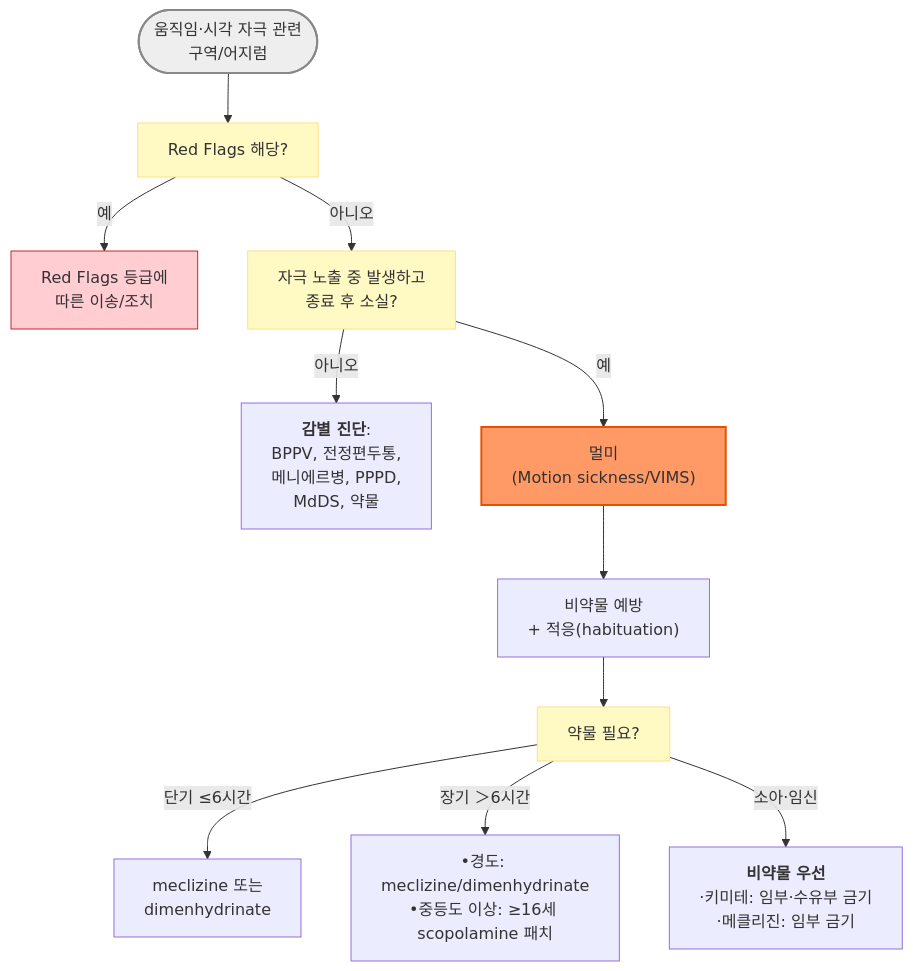
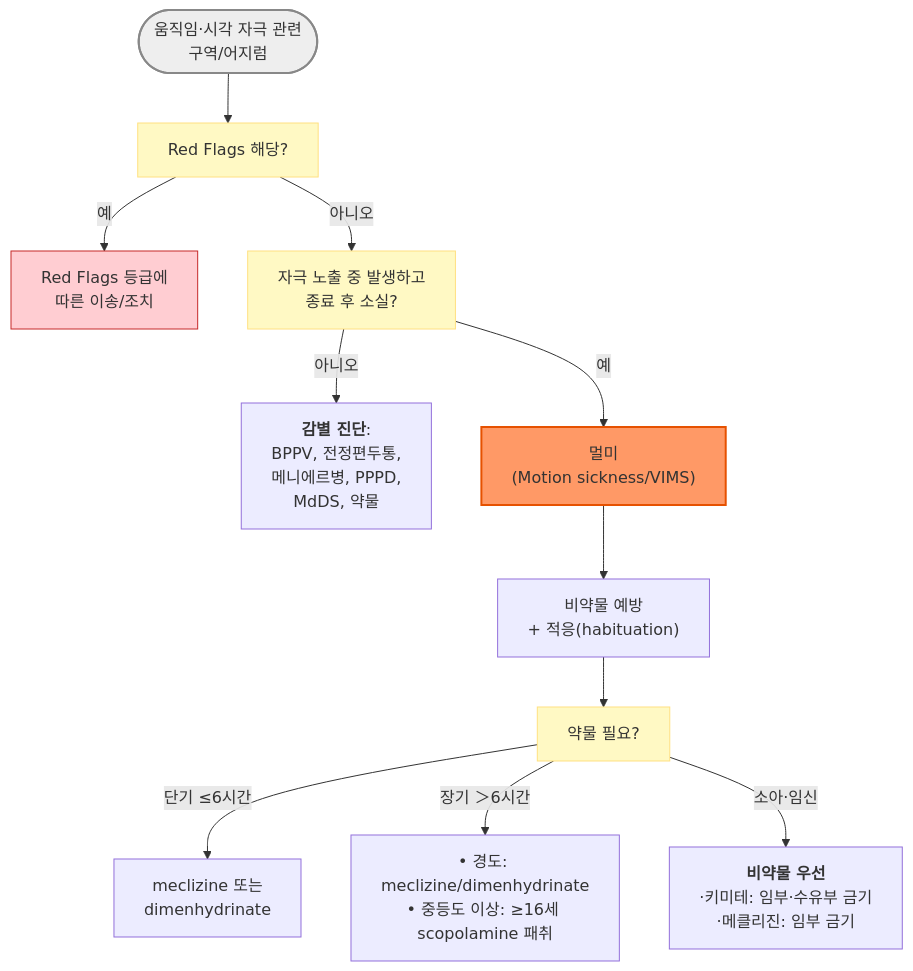
The diagram in 221_/024_-motion-sickness.md (familyoh77/familyoh77), drawn with Mermaid before and after one commit. The commit also changed other lines of this file, not shown here.

````diff
--- a/221_/024_-motion-sickness.md
+++ b/221_/024_-motion-sickness.md
@@ -123,20 +123,20 @@
 ```mermaid
 graph TD
     Start(["움직임·시각 자극 관련 <br/>구역/어지럼"]) --> RF["Red Flags 해당?"]
     RF -->|예| ER[Red Flags 등급에 <br/>따른 이송/조치]
     RF -->|아니오| Q1["자극 노출 중 발생하고 <br/>종료 후 소실?"]
     Q1 -->|아니오| DDX["<b>감별 진단</b>: <br/>BPPV, 전정편두통, <br/>메니에르병, PPPD, <br/>MdDS, 약물"]
     Q1 -->|예| MS["멀미 <br/>(Motion sickness/VIMS)"]
     MS --> NP["비약물 예방 <br/>+ 적응(habituation)"]
     NP --> Q2["약물 필요?"]
     Q2 -->|"단기 ≤6시간"| S1["meclizine 또는 <br/>dimenhydrinate"]
-    Q2 -->|"장기 ＞6시간"| S2["•경도: <br/>meclizine/dimenhydrinate<br>•중등도 이상: ≥16세 <br>scopolamine 패치 "]
+    Q2 -->|"장기 ＞6시간"| S2["• 경도: <br/>meclizine/dimenhydrinate<br/>• 중등도 이상: ≥16세 <br/>scopolamine 패취"]
     Q2 -->|"소아·임신"| S3["<b>비약물 우선</b><br>·키미테: 임부·수유부 금기<br>·메클리진: 임부 금기"]
     style Start fill:#eeeeee,stroke:#888888,stroke-width:2px
     style MS fill:#f96,stroke:#e65100,stroke-width:2px
     style RF fill:#fff9c4,stroke:#ffe082
     style Q1 fill:#fff9c4,stroke:#ffe082
     style Q2 fill:#fff9c4,stroke:#ffe082
     style ER fill:#ffcdd2,stroke:#c62828
 
 ```
````
